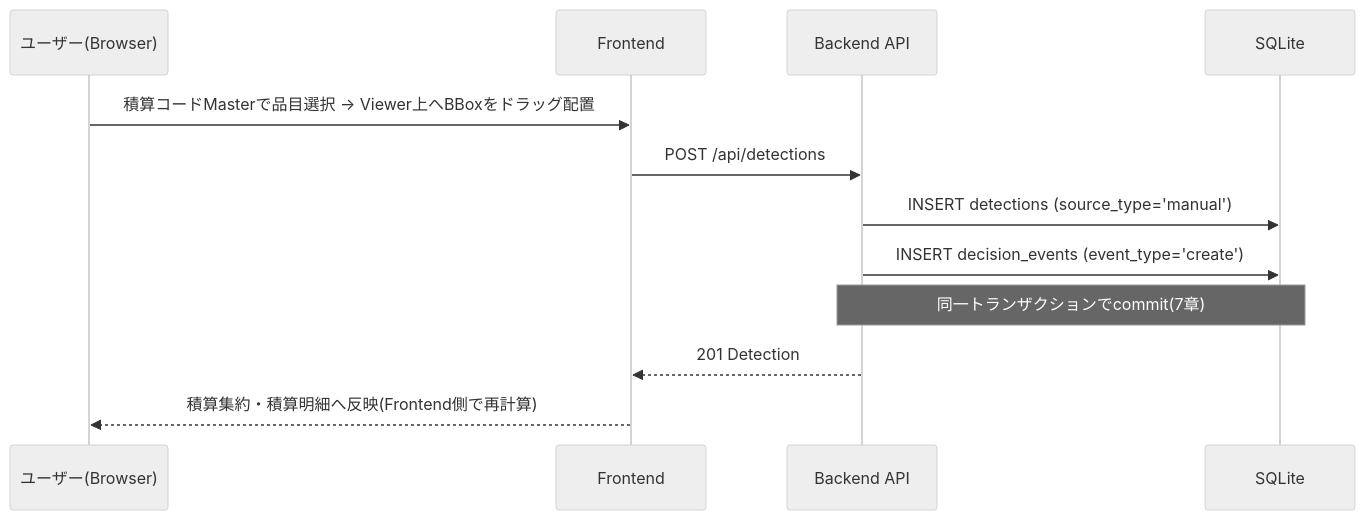
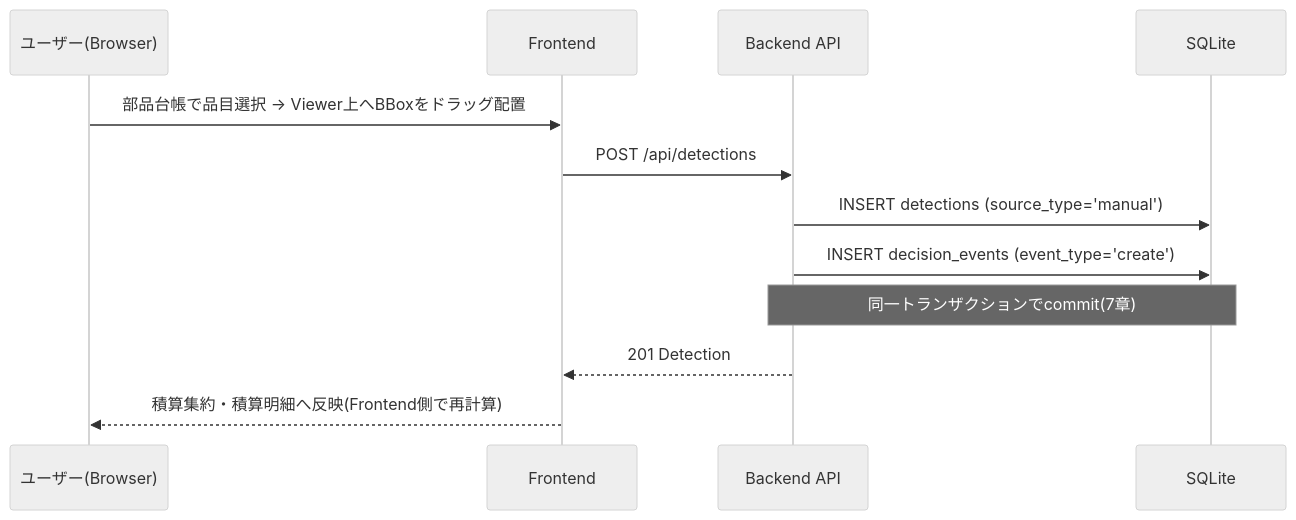
The second of 11 diagrams in docs/architecture.md (bs-shashimoto2048/SekisanNavi), drawn with Mermaid (neutral theme) before and after one commit. The commit also changed other lines of this file and 6 other files, not shown here.

````diff
--- a/docs/architecture.md
+++ b/docs/architecture.md
@@ -36,15 +36,15 @@
 ```mermaid
 sequenceDiagram
     participant U as ユーザー(Browser)
     participant F as Frontend
     participant B as Backend API
     participant D as SQLite
 
-    U->>F: 積算コードMasterで品目選択 → Viewer上へBBoxをドラッグ配置
+    U->>F: 部品台帳で品目選択 → Viewer上へBBoxをドラッグ配置
     F->>B: POST /api/detections
     B->>D: INSERT detections (source_type='manual')
     B->>D: INSERT decision_events (event_type='create')
     Note over B,D: 同一トランザクションでcommit(7章)
     B-->>F: 201 Detection
     F-->>U: 積算集約・積算明細へ反映(Frontend側で再計算)
 ```
````
